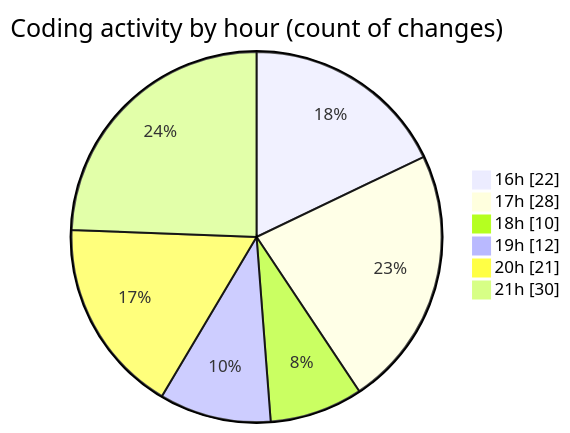
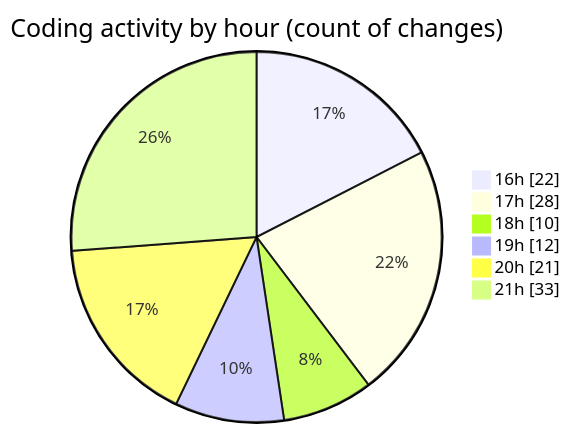
The second of 2 diagrams in 2026-02-17/bot_v1_2/README.md (becaeroporto-bot/code-tracking), drawn with Mermaid before and after one commit. The commit also changed other lines of this file and 1 other file, not shown here.

````diff
--- a/2026-02-17/bot_v1_2/README.md
+++ b/2026-02-17/bot_v1_2/README.md
@@ -54,10 +54,10 @@
 ```mermaid
 pie showData
 title Coding activity by hour (count of changes)
 "16h" : 22
 "17h" : 28
 "18h" : 10
 "19h" : 12
 "20h" : 21
-"21h" : 30
+"21h" : 33
 ```
````
